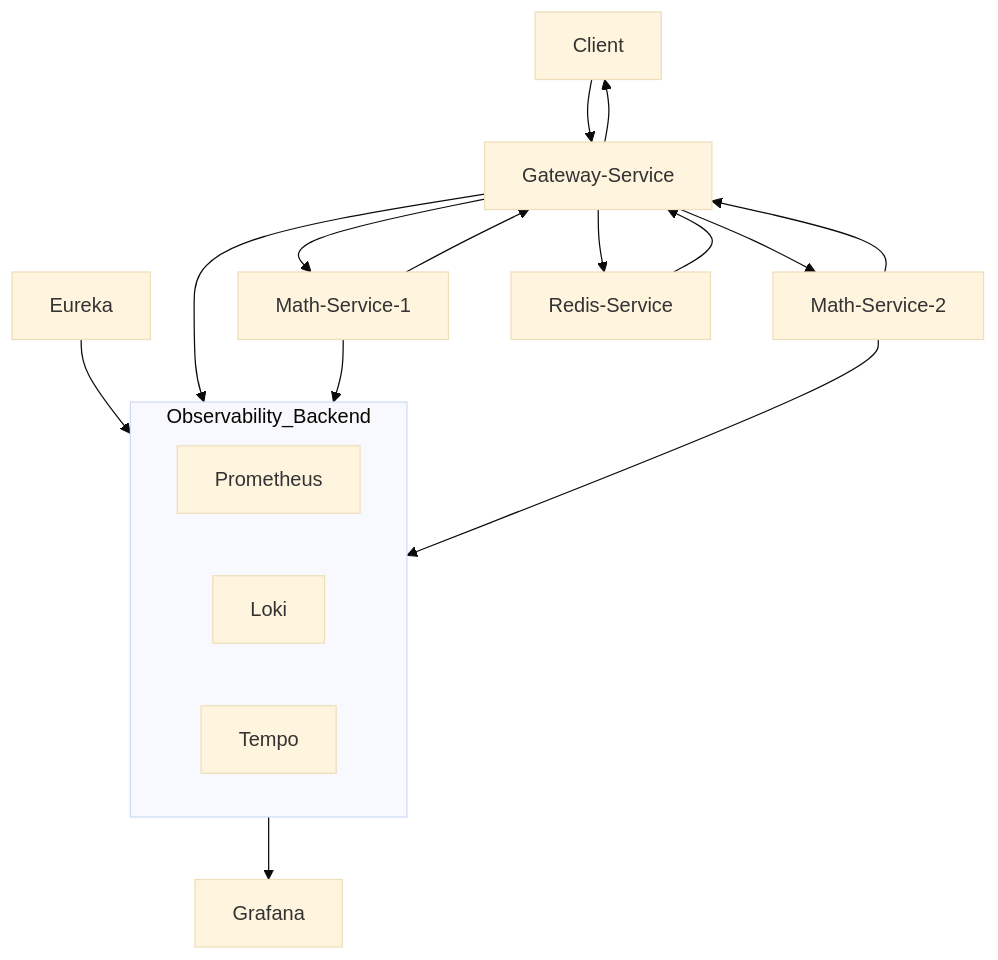
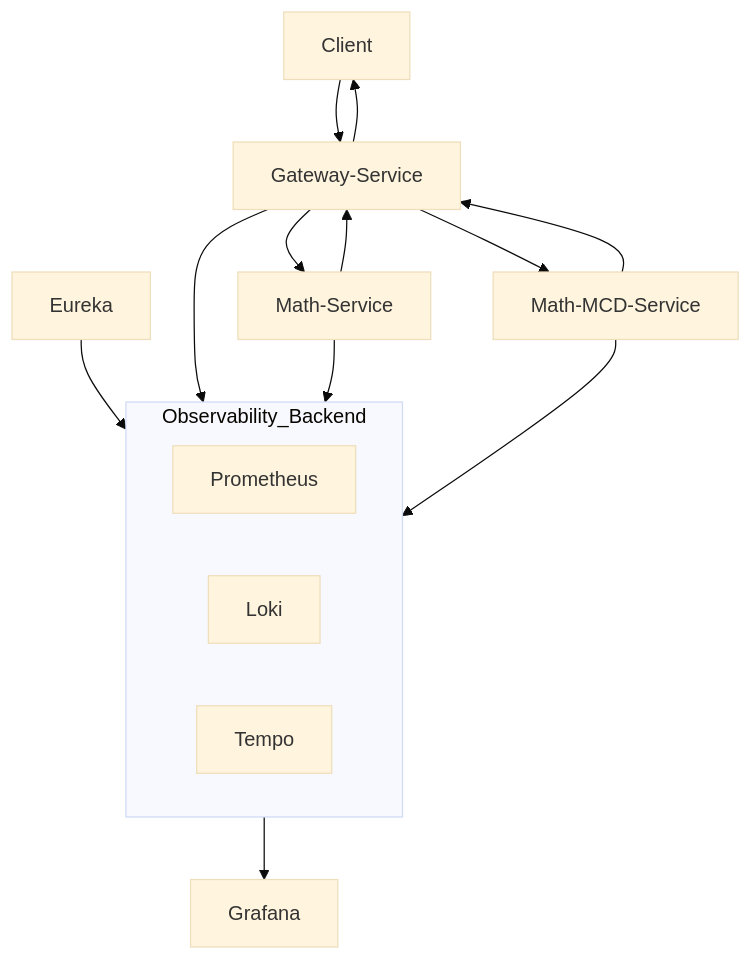
The diagram in modules/observability/labs/README.md (nbicocchi/learn-microservices), drawn with Mermaid (base theme) before and after one commit. The commit also changed 49 other files, not shown here.

````diff
--- a/modules/observability/labs/README.md
+++ b/modules/observability/labs/README.md
@@ -5,25 +5,23 @@
 ```mermaid
 flowchart TD
     Client --> Gateway[Gateway-Service]
     Eureka
-    Gateway --> Math1[Math-Service-1]
-    Gateway --> Math2[Math-Service-2]
+    Gateway --> Math1[Math-Service]
+    Gateway --> Math2[Math-MCD-Service]
     Math1 --> Gateway
     Math2 --> Gateway
     Gateway --> Client
-    Gateway --> Redis[Redis-Service]
-    Redis --> Gateway
-
+    
     subgraph Observability_Backend
         Prometheus
         Loki
         Tempo
     end
 
     Eureka --> Observability_Backend
     Gateway --> Observability_Backend
     Math1 --> Observability_Backend
     Math2 --> Observability_Backend
 
     Observability_Backend --> Grafana
 ```
````
